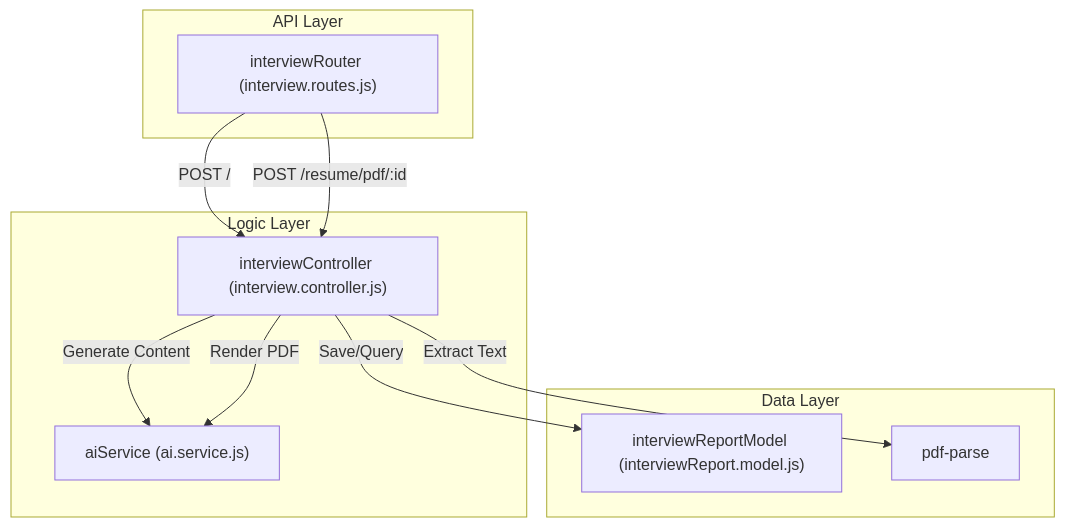
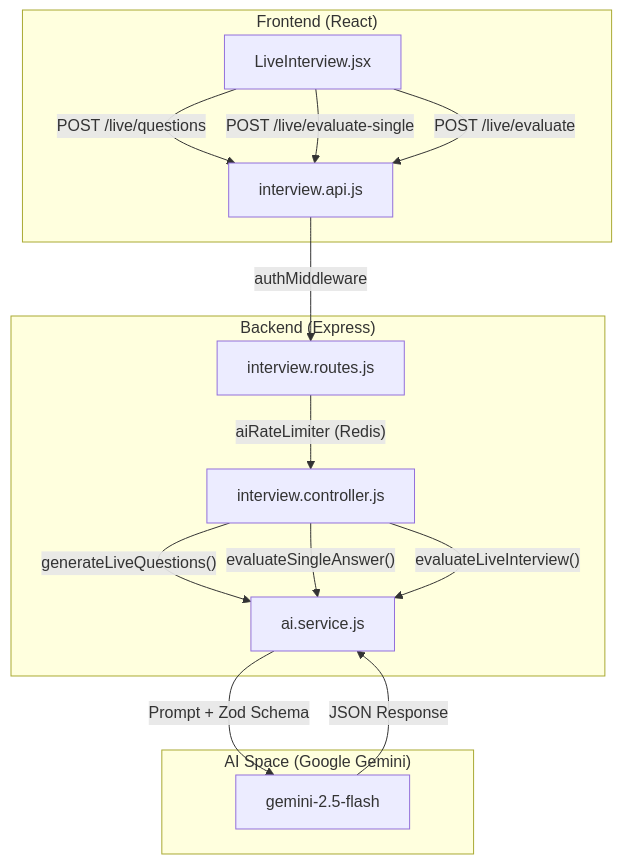
One commit to harshitzofficial/Job-Prep-Platform changed the tenth of 15 diagrams in README.md. Above: the diagram before and after it, drawn with Mermaid. The commit also changed other lines of this file, not shown here.

````diff
--- a/README.md
+++ b/README.md
@@ -933,24 +731,21 @@
 ```mermaid
 graph TD
-    subgraph "API Layer"
-        R["interviewRouter (interview.routes.js)"]
+    subgraph "Frontend (React)"
+        A["LiveInterview.jsx"] -- "POST /live/questions" --> B["interview.api.js"]
+        A -- "POST /live/evaluate-single" --> B
+        A -- "POST /live/evaluate" --> B
     end
-
-    subgraph "Logic Layer"
-        C["interviewController (interview.controller.js)"]
-        A["aiService (ai.service.js)"]
+ 
+    subgraph "Backend (Express)"
+        B -- "authMiddleware" --> C["interview.routes.js"]
+        C -- "aiRateLimiter (Redis)" --> D["interview.controller.js"]
+        D -- "generateLiveQuestions()" --> E["ai.service.js"]
+        D -- "evaluateSingleAnswer()" --> E
+        D -- "evaluateLiveInterview()" --> E
     end
-
-    subgraph "Data Layer"
-        M["interviewReportModel (interviewReport.model.js)"]
-        P["pdf-parse"]
+ 
+    subgraph "AI Space (Google Gemini)"
+        E -- "Prompt + Zod Schema" --> F["gemini-2.5-flash"]
+        F -- "JSON Response" --> E
     end
-
-    R -- "POST /" --> C
-    C -- "Extract Text" --> P
-    C -- "Generate Content" --> A
-    C -- "Save/Query" --> M
-    
-    R -- "POST /resume/pdf/:id" --> C
-    C -- "Render PDF" --> A
 ```
````
